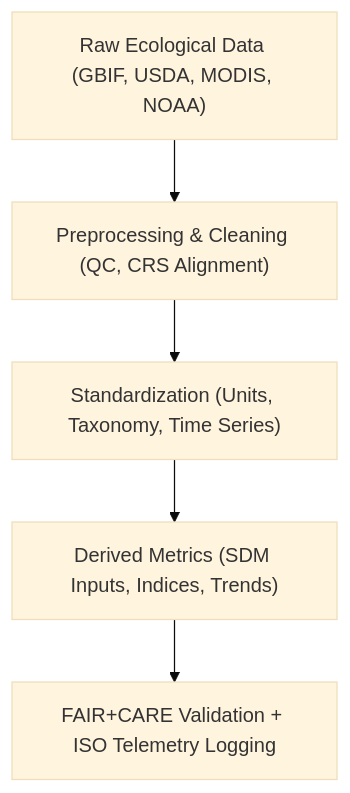
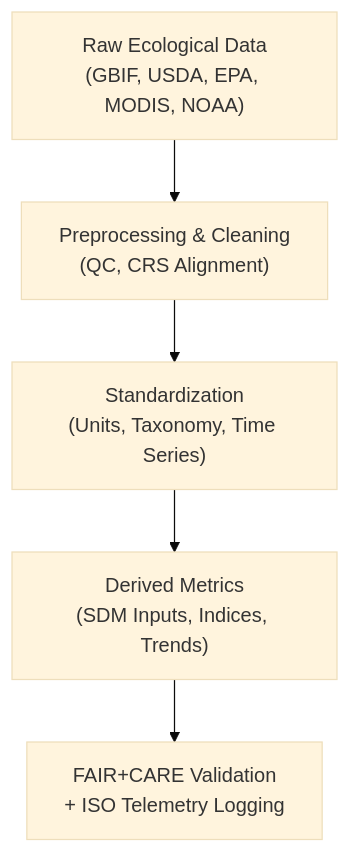
One commit to bartytime4life/Kansas-Frontier-Matrix changed the diagram in docs/analyses/ecology/datasets/README.md. Above: the diagram before and after it, drawn with Mermaid (base theme). The commit also changed other lines of this file, not shown here.

````diff
--- a/docs/analyses/ecology/datasets/README.md
+++ b/docs/analyses/ecology/datasets/README.md
@@ -90,7 +192,7 @@
 ```mermaid
 flowchart TD
-  A["Raw Ecological Data (GBIF, USDA, MODIS, NOAA)"] --> B["Preprocessing & Cleaning (QC, CRS Alignment)"]
-  B --> C["Standardization (Units, Taxonomy, Time Series)"]
-  C --> D["Derived Metrics (SDM Inputs, Indices, Trends)"]
-  D --> E["FAIR+CARE Validation + ISO Telemetry Logging"]
+  A["Raw Ecological Data<br/>(GBIF, USDA, EPA, MODIS, NOAA)"] --> B["Preprocessing & Cleaning<br/>(QC, CRS Alignment)"]
+  B --> C["Standardization<br/>(Units, Taxonomy, Time Series)"]
+  C --> D["Derived Metrics<br/>(SDM Inputs, Indices, Trends)"]
+  D --> E["FAIR+CARE Validation<br/>+ ISO Telemetry Logging"]
 ```
````
